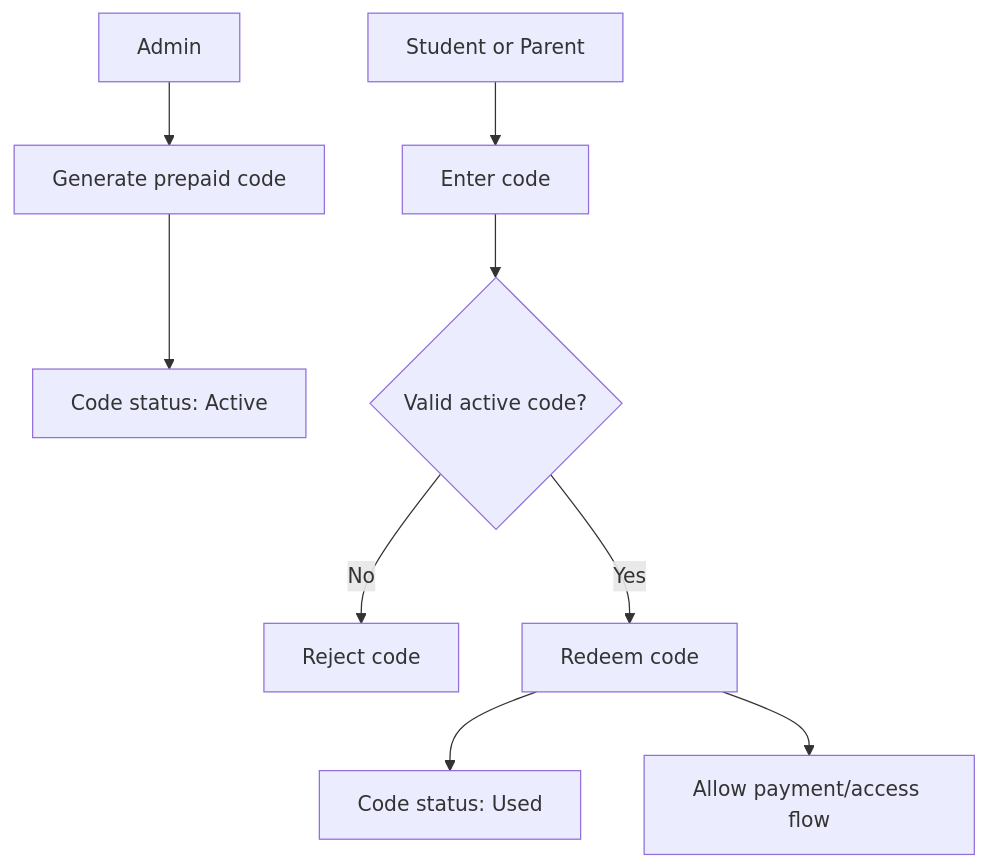
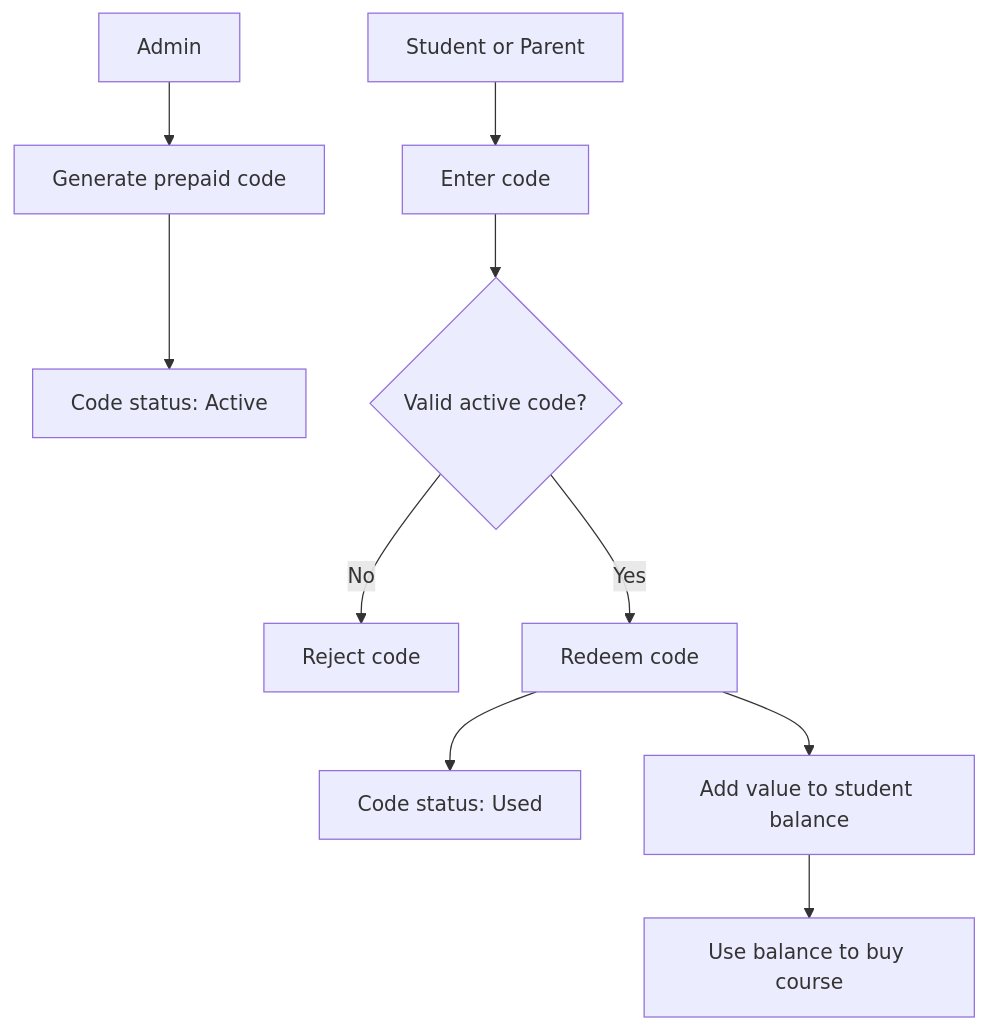
Before and after one commit to AntoniusAtefGhaly/elearning-po-system-design: the fourth of 5 diagrams in Elearning-Website-Documentation/07-basic-diagrams.md, drawn with Mermaid. The commit also changed other lines of this file and 6 other files, not shown here.

````diff
--- a/Elearning-Website-Documentation/07-basic-diagrams.md
+++ b/Elearning-Website-Documentation/07-basic-diagrams.md
@@ -79,11 +82,12 @@
 ```mermaid
 flowchart TD
     Admin["Admin"] --> Generate["Generate prepaid code"]
     Generate --> Active["Code status: Active"]
     User["Student or Parent"] --> Enter["Enter code"]
     Enter --> Check{"Valid active code?"}
     Check -- No --> Reject["Reject code"]
     Check -- Yes --> Redeem["Redeem code"]
     Redeem --> Used["Code status: Used"]
-    Redeem --> Access["Allow payment/access flow"]
+    Redeem --> Balance["Add value to student balance"]
+    Balance --> Access["Use balance to buy course"]
 ```
````
